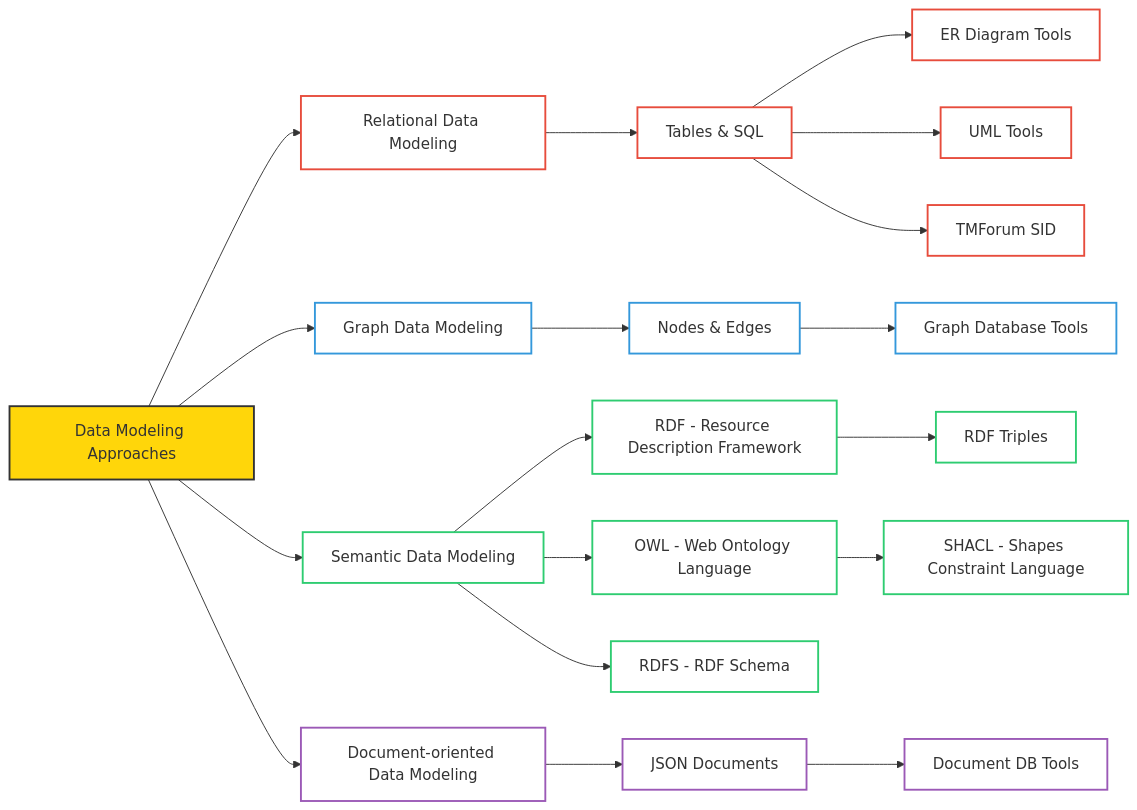
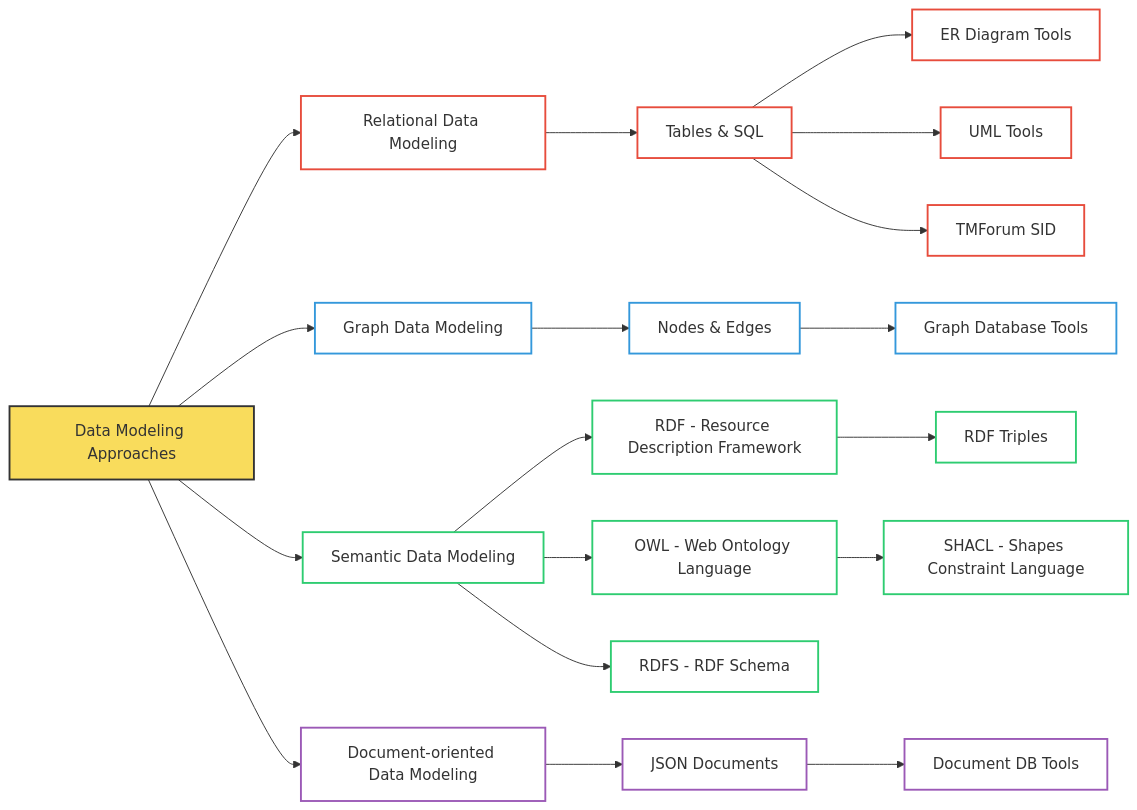
One commit to kanad13/data_modeling changed the second of 4 diagrams in readme.md. Above: the diagram before and after it, drawn with Mermaid. The commit also changed other lines of this file, not shown here.

Commit message:
mermaid color combinations

```diff
--- a/readme.md
+++ b/readme.md
@@ -83,7 +83,8 @@
 graph LR
     %% Main node
     DM["Data Modeling Approaches"]
-    style DM fill:#ffd60a,stroke:#333,stroke-width:2px
+    style DM fill:#f9dc5c,stroke:#333,stroke-width:2px
+    %% style DM fill:none,stroke:#f9dc5c,stroke-width:5px
     click DM href "https://google.com" "Click for more information"
 
     %% First level connections
```
